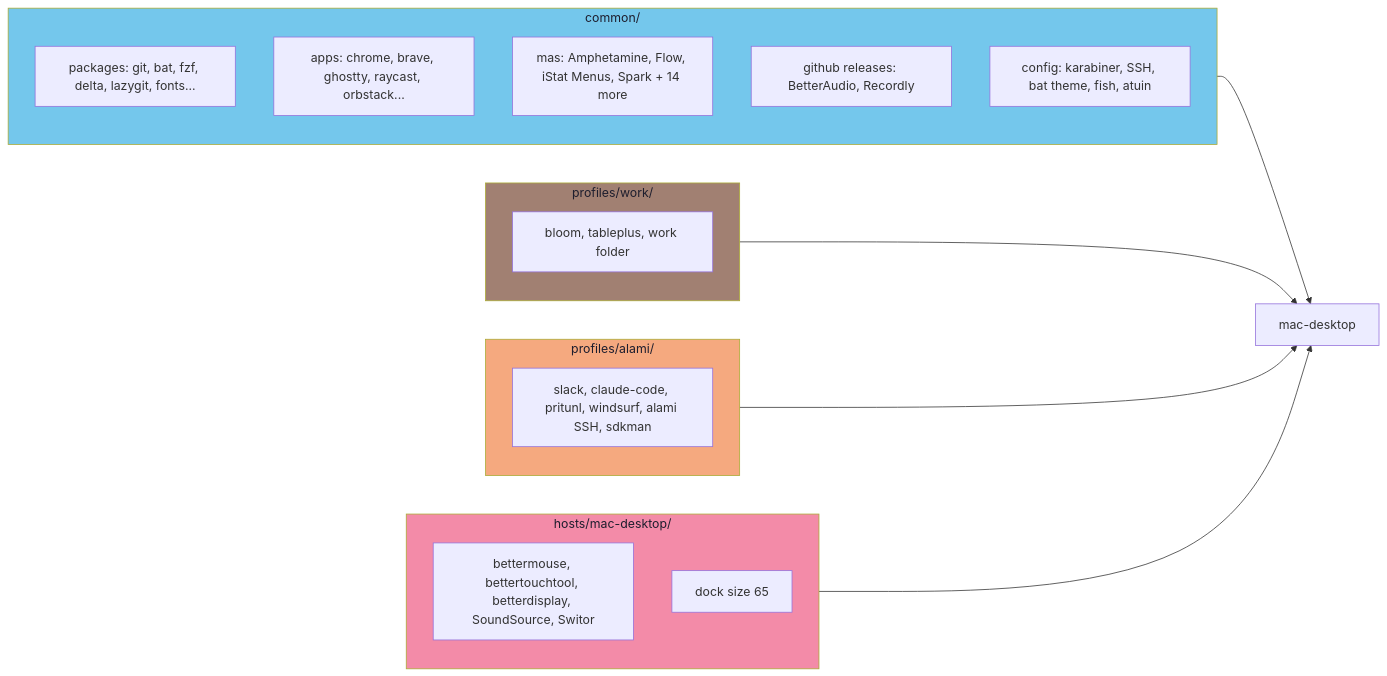
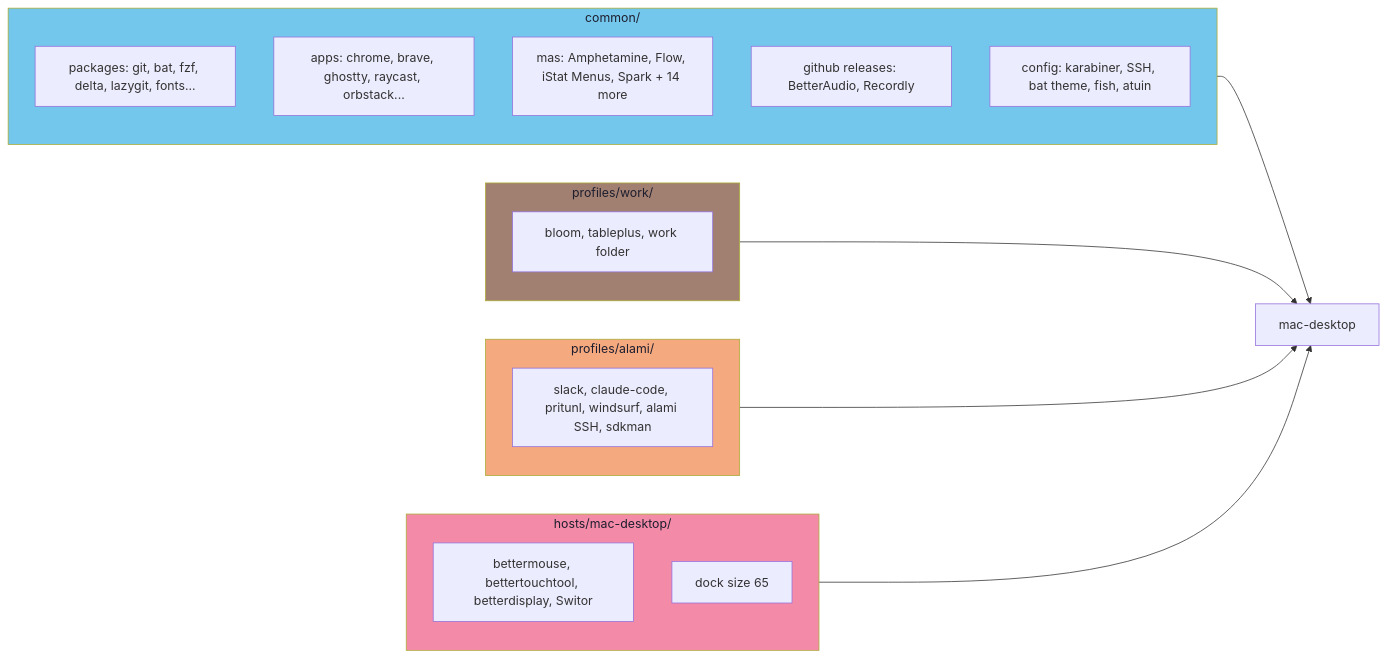
Before and after one commit to milhamh95/nix-config: the second of 5 diagrams in docs/architecture.md, drawn with Mermaid. The commit also changed other lines of this file and 1 other file, not shown here.

Commit message:
feat: remove SoundSource installation

````diff
--- a/docs/architecture.md
+++ b/docs/architecture.md
@@ -293,35 +293,35 @@
 ```mermaid
 flowchart LR
     subgraph common["common/"]
         c_pkg["packages: git, bat, fzf, delta, lazygit, fonts..."]
         c_app["apps: chrome, brave, ghostty, raycast, orbstack..."]
         c_mas["mas: Amphetamine, Flow, iStat Menus, Spark + 14 more"]
         c_gh["github releases: BetterAudio, Recordly"]
         c_cfg["config: karabiner, SSH, bat theme, fish, atuin"]
     end
 
     subgraph work["profiles/work/"]
         w["bloom, tableplus, work folder"]
     end
 
     subgraph alami["profiles/alami/"]
         a["slack, claude-code, pritunl, windsurf, alami SSH, sdkman"]
     end
 
     subgraph host["hosts/mac-desktop/"]
-        h["bettermouse, bettertouchtool, betterdisplay, SoundSource, Switor"]
+        h["bettermouse, bettertouchtool, betterdisplay, Switor"]
         h_sys["dock size 65"]
     end
 
     result["mac-desktop"]
 
     common --> result
     work --> result
     alami --> result
     host --> result
 
     style common fill:#74c7ec,color:#1e1e2e
     style work fill:#a18072,color:#1e1e2e
     style alami fill:#f5a97f,color:#1e1e2e
     style host fill:#f38ba8,color:#1e1e2e
 ```
````
